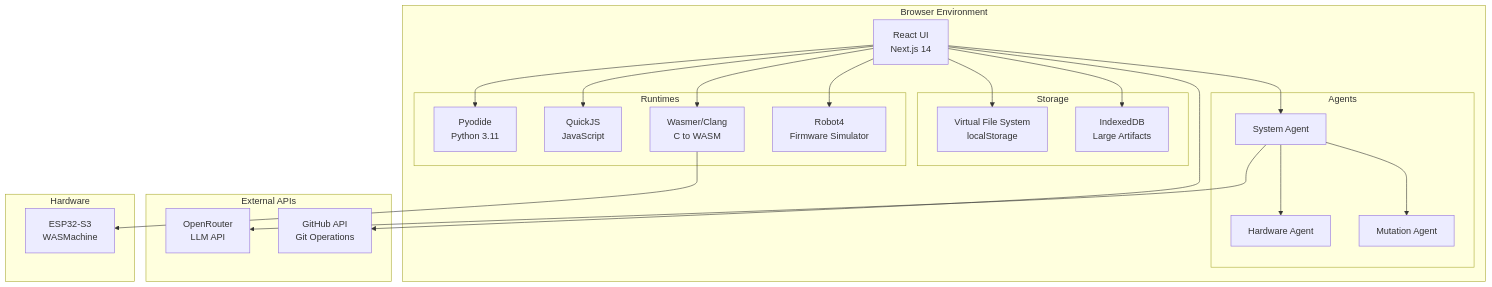
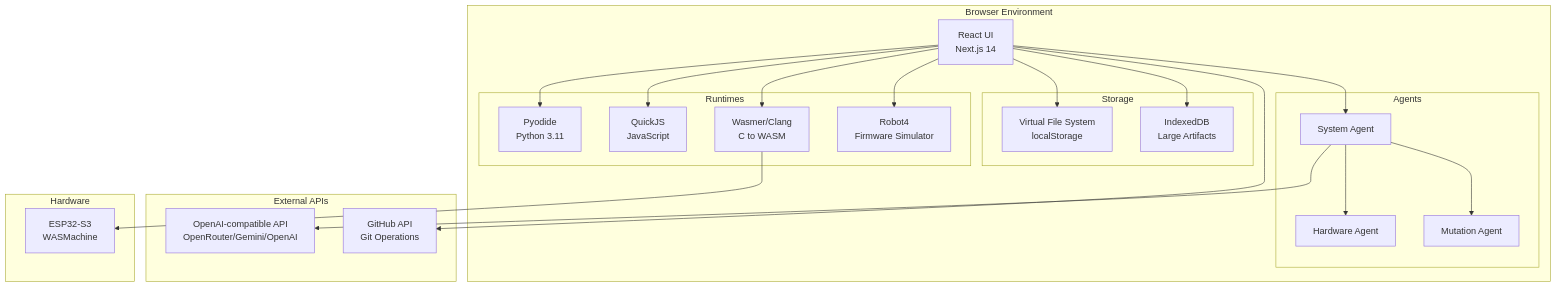
The first of 25 diagrams in docs/architecture/ARCHITECTURE.md (EvolvingAgentsLabs/llmos), drawn with Mermaid before and after one commit. The commit also changed other lines of this file and 4 other files, not shown here.

First line of the commit message:
docs: Update architecture documentation for new structure

````diff
--- a/docs/architecture/ARCHITECTURE.md
+++ b/docs/architecture/ARCHITECTURE.md
@@ -28,46 +28,46 @@
 ```mermaid
 graph TB
     subgraph "Browser Environment"
         UI[React UI<br/>Next.js 14]
 
         subgraph "Runtimes"
             PY[Pyodide<br/>Python 3.11]
             QJS[QuickJS<br/>JavaScript]
             WASM[Wasmer/Clang<br/>C to WASM]
             R4[Robot4<br/>Firmware Simulator]
         end
 
         subgraph "Storage"
             VFS[Virtual File System<br/>localStorage]
             IDB[IndexedDB<br/>Large Artifacts]
         end
 
         subgraph "Agents"
             SA[System Agent]
             HA[Hardware Agent]
             MA[Mutation Agent]
         end
     end
 
     subgraph "External APIs"
-        OR[OpenRouter<br/>LLM API]
+        LLM[OpenAI-compatible API<br/>OpenRouter/Gemini/OpenAI]
         GH[GitHub API<br/>Git Operations]
     end
 
     subgraph "Hardware"
         ESP[ESP32-S3<br/>WASMachine]
     end
 
     UI --> PY
     UI --> QJS
     UI --> WASM
     UI --> R4
     UI --> VFS
     UI --> IDB
     UI --> SA
-    SA --> OR
+    SA --> LLM
     SA --> HA
     SA --> MA
     UI --> GH
     WASM --> ESP
 ```
````
